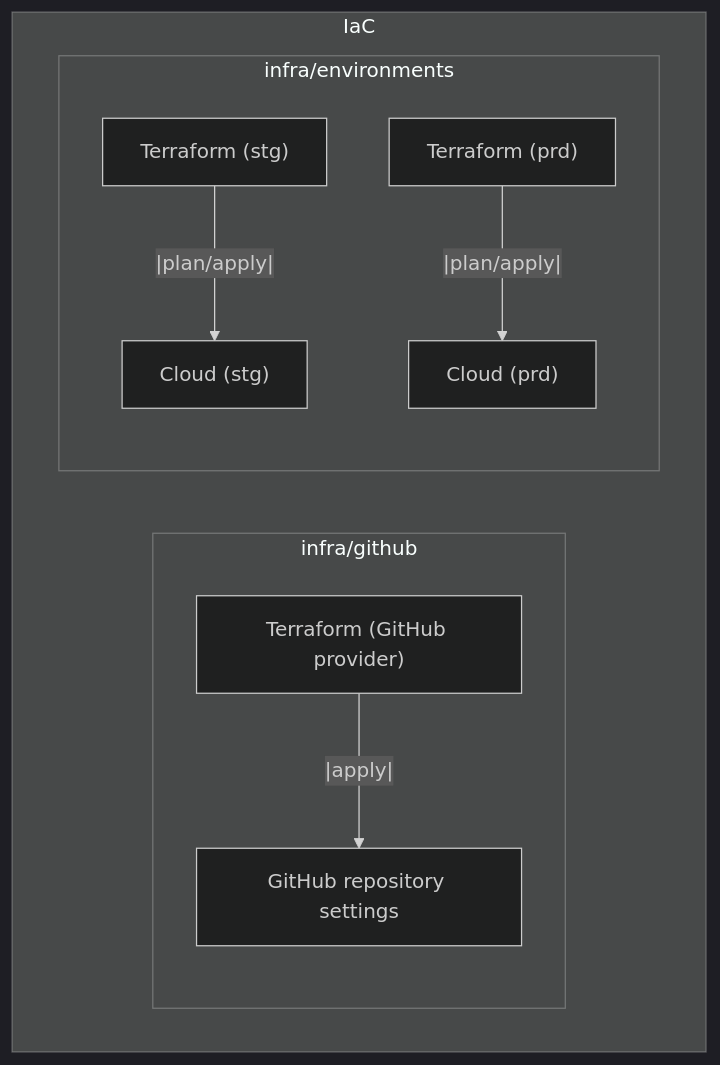
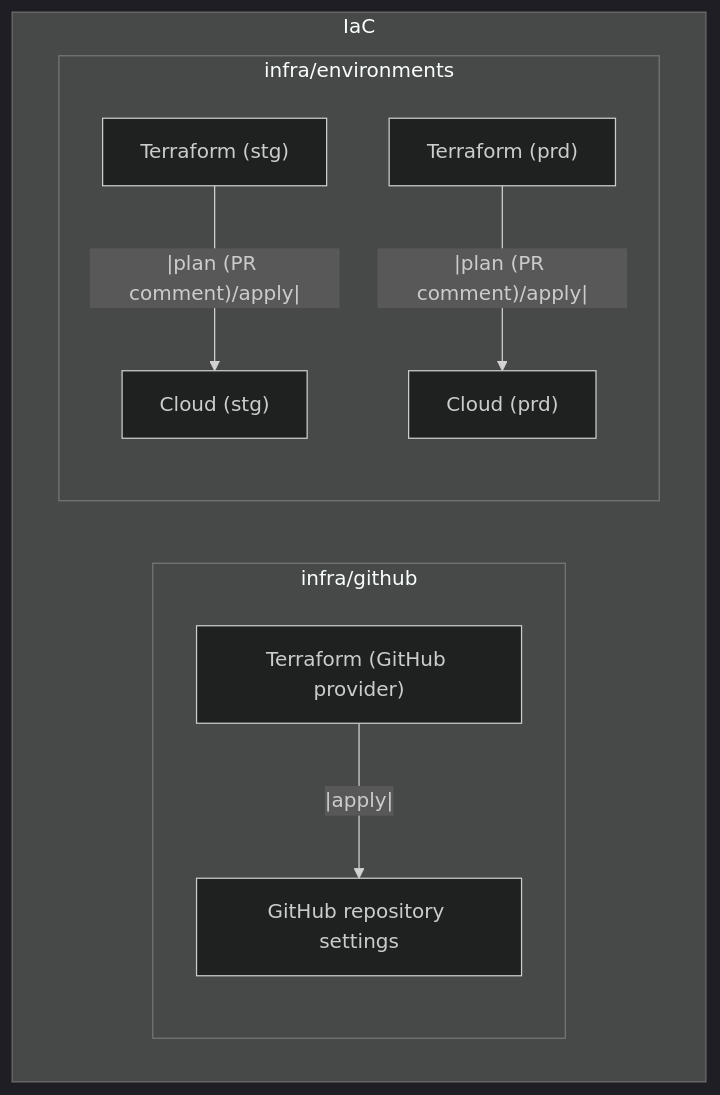
Before and after one commit to Lunacea/web-template: the fifth of 5 diagrams in DESIGN.md, drawn with Mermaid (dark theme). The commit also changed other lines of this file and 2 other files, not shown here.

Commit message:
docs: update README/PREREQUISITE/DESIGN for tf-plan envs and CD security (cosign, SBOM)

````diff
--- a/DESIGN.md
+++ b/DESIGN.md
@@ -116,12 +119,12 @@
 ```mermaid
 flowchart TD
   subgraph IaC
     subgraph terraform-github["infra/github"]
       TF_GH["Terraform (GitHub provider)"] --|apply|--> GHS["GitHub repository settings"]
     end
     subgraph terraform-envs["infra/environments"]
-      TF_STG["Terraform (stg)"] --|plan/apply|--> CLOUD_STG["Cloud (stg)"]
-      TF_PRD["Terraform (prd)"] --|plan/apply|--> CLOUD_PRD["Cloud (prd)"]
+      TF_STG["Terraform (stg)"] --|plan (PR comment)/apply|--> CLOUD_STG["Cloud (stg)"]
+      TF_PRD["Terraform (prd)"] --|plan (PR comment)/apply|--> CLOUD_PRD["Cloud (prd)"]
     end
   end
 ```
````
